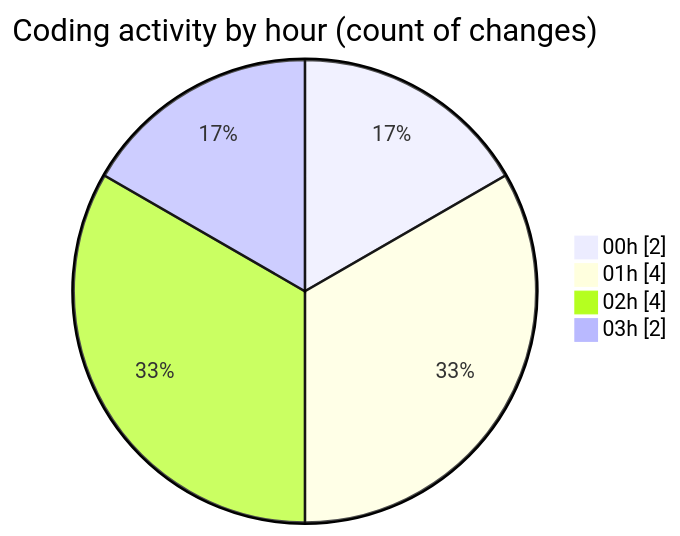
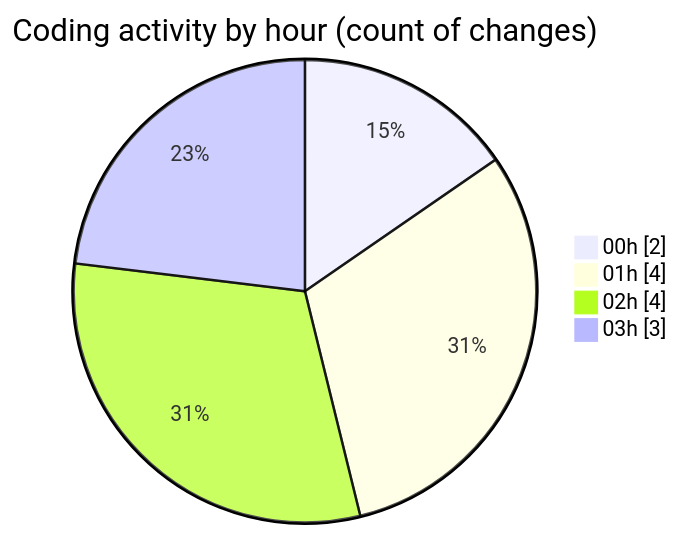
One commit to lephambinh05/code-tracking changed the second of 2 diagrams in 2025-08-08/studybuddy/README.md. Above: the diagram before and after it, drawn with Mermaid. The commit also changed other lines of this file and 1 other file, not shown here.

````diff
--- a/2025-08-08/studybuddy/README.md
+++ b/2025-08-08/studybuddy/README.md
@@ -35,8 +35,8 @@
 ```mermaid
 pie showData
 title Coding activity by hour (count of changes)
 "00h" : 2
 "01h" : 4
 "02h" : 4
-"03h" : 2
+"03h" : 3
 ```
````
